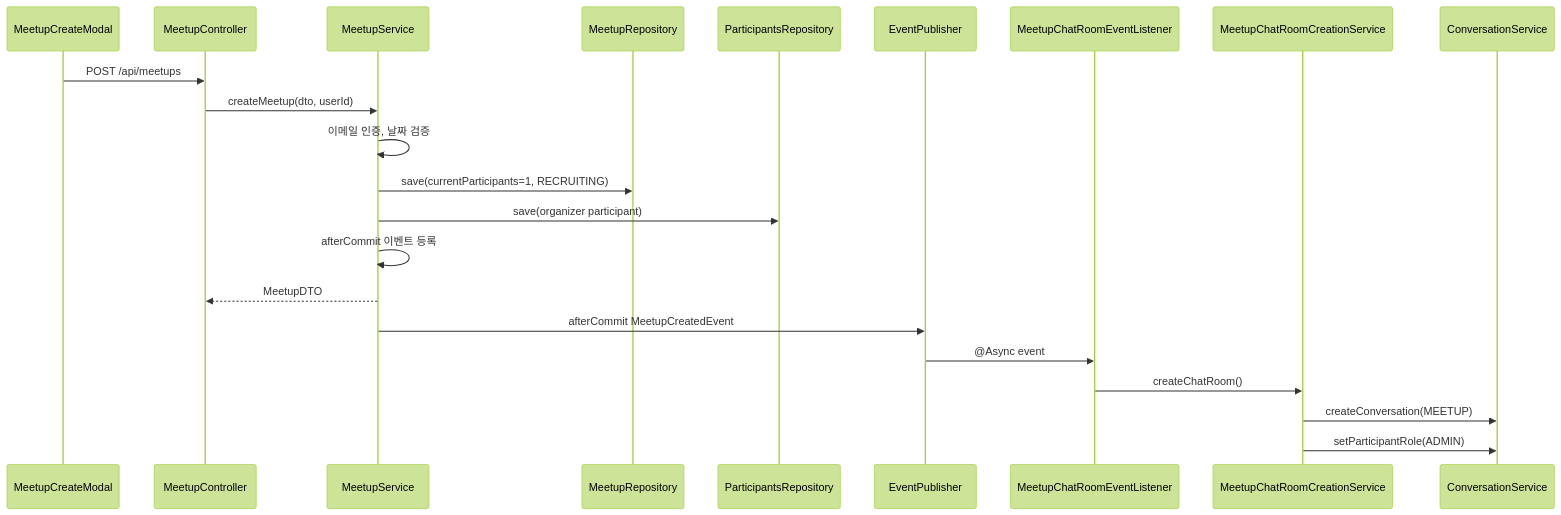
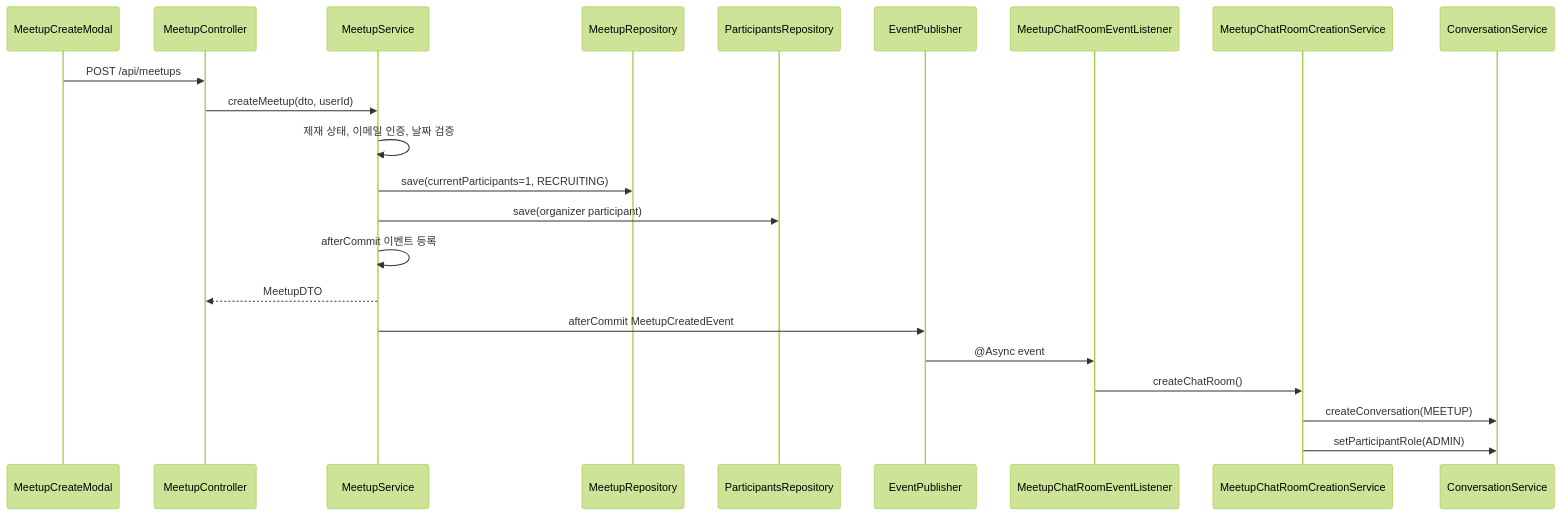
Before and after one commit to makkong1/Petory: the second of 6 diagrams in docs/architecture/meetup/산책 & 오프라인 모임 아키텍처.md, drawn with Mermaid (forest theme). The commit also changed other lines of this file and 31 other files, not shown here.

````diff
--- a/docs/architecture/meetup/산책 & 오프라인 모임 아키텍처.md
+++ b/docs/architecture/meetup/산책 & 오프라인 모임 아키텍처.md
@@ -135,25 +136,25 @@
 ```mermaid
 sequenceDiagram
     participant FE as MeetupCreateModal
     participant API as MeetupController
     participant S as MeetupService
     participant R as MeetupRepository
     participant P as ParticipantsRepository
     participant E as EventPublisher
     participant L as MeetupChatRoomEventListener
     participant C as MeetupChatRoomCreationService
     participant Chat as ConversationService
 
     FE->>API: POST /api/meetups
     API->>S: createMeetup(dto, userId)
-    S->>S: 이메일 인증, 날짜 검증
+    S->>S: 제재 상태, 이메일 인증, 날짜 검증
     S->>R: save(currentParticipants=1, RECRUITING)
     S->>P: save(organizer participant)
     S->>S: afterCommit 이벤트 등록
     S-->>API: MeetupDTO
     S->>E: afterCommit MeetupCreatedEvent
     E->>L: @Async event
     L->>C: createChatRoom()
     C->>Chat: createConversation(MEETUP)
     C->>Chat: setParticipantRole(ADMIN)
 ```
````
